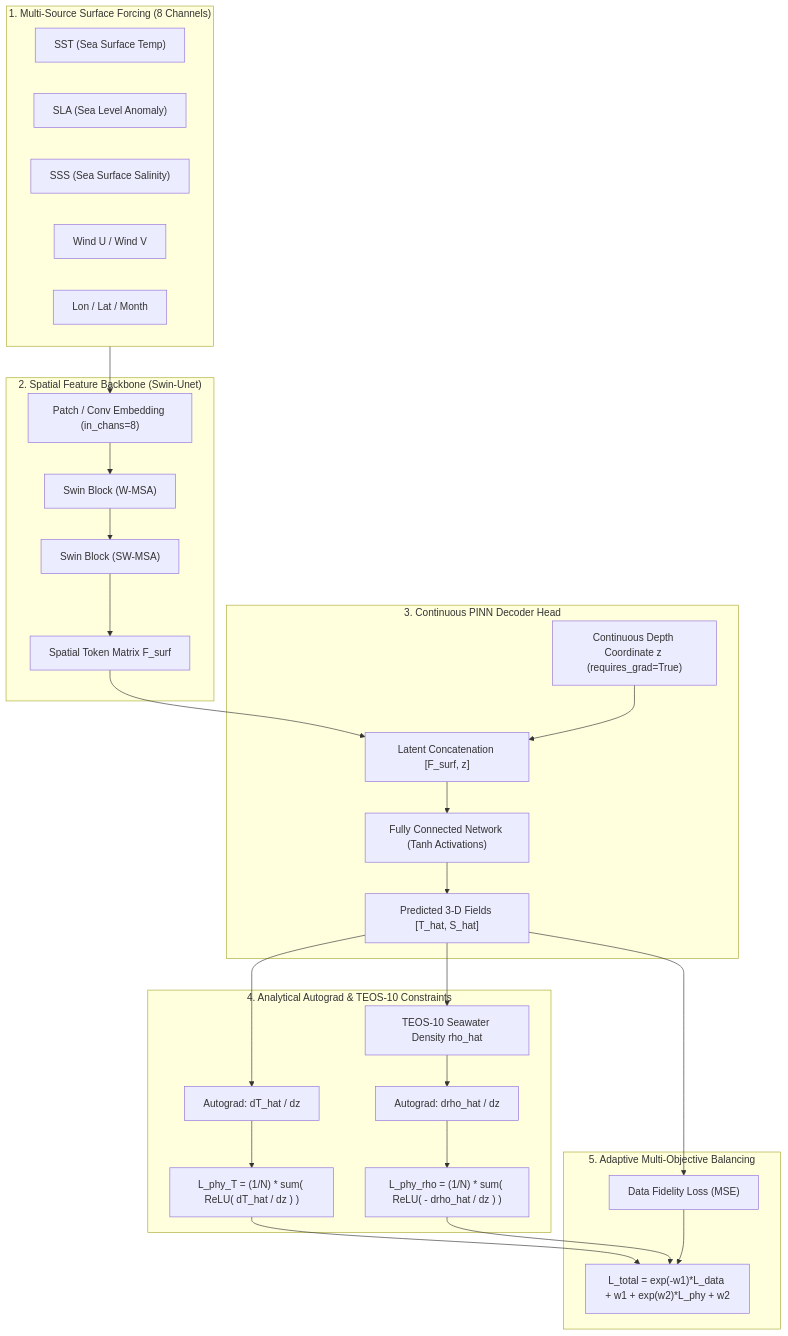
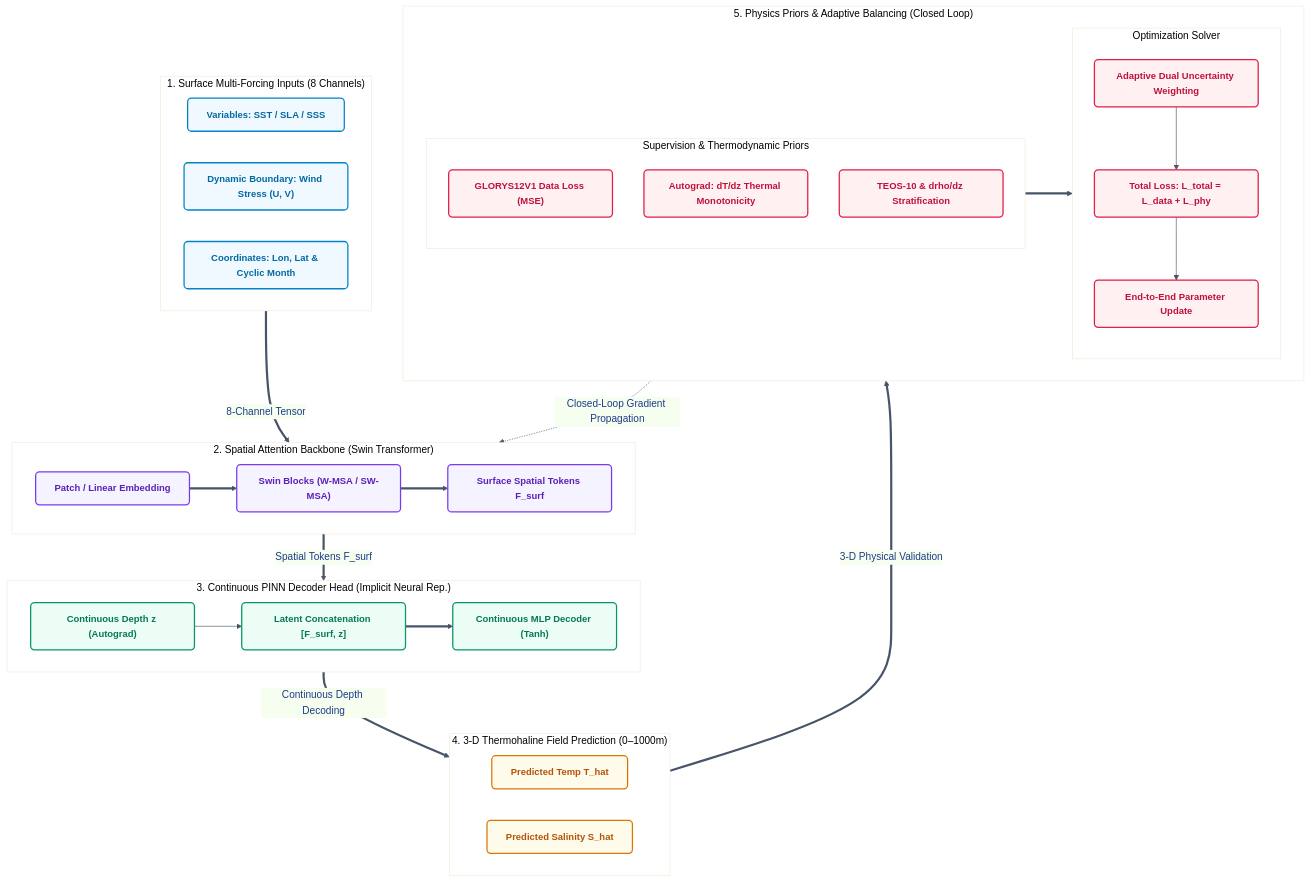
Before and after one commit to ldray857/Pinn-Ocean: the diagram in README.md, drawn with Mermaid. The commit also changed other lines of this file and 26 other files, not shown here.

````diff
--- a/README.md
+++ b/README.md
@@ -28,48 +50,69 @@
 ```mermaid
+%%{init: {'theme': 'base', 'themeVariables': { 'fontSize': '16px', 'fontFamily': 'system-ui, -apple-system, sans-serif', 'primaryColor': '#eff6ff', 'primaryBorderColor': '#3b82f6', 'primaryTextColor': '#1e3a8a', 'lineColor': '#475569' }}}%%
 flowchart TD
-    subgraph Inputs["1. Multi-Source Surface Forcing (8 Channels)"]
-        SST["SST (Sea Surface Temp)"]
-        SLA["SLA (Sea Level Anomaly)"]
-        SSS["SSS (Sea Surface Salinity)"]
-        Winds["Wind U / Wind V"]
-        Coords["Lon / Lat / Month"]
+    subgraph S1 ["1. Surface Multi-Forcing Inputs (8 Channels)"]
+        direction LR
+        I1["Variables: SST / SLA / SSS"]
+        I2["Dynamic Boundary: Wind Stress (U, V)"]
+        I3["Coordinates: Lon, Lat & Cyclic Month"]
     end
 
-    subgraph Encoder["2. Spatial Feature Backbone (Swin-Unet)"]
-        Stem["Patch / Conv Embedding (in_chans=8)"]
-        SwinB1["Swin Block (W-MSA)"]
-        SwinB2["Swin Block (SW-MSA)"]
-        Tokens["Spatial Token Matrix F_surf"]
+    subgraph S2 ["2. Spatial Attention Backbone (Swin Transformer)"]
+        direction LR
+        E1["Patch / Linear Embedding"]
+        E2["Swin Blocks (W-MSA / SW-MSA)"]
+        E3["Surface Spatial Tokens F_surf"]
+        E1 ==> E2 ==> E3
     end
 
-    subgraph PINNHead["3. Continuous PINN Decoder Head"]
-        ZCoord["Continuous Depth Coordinate z (requires_grad=True)"]
-        Concat["Latent Concatenation [F_surf, z]"]
-        MLP["Fully Connected Network (Tanh Activations)"]
-        Preds["Predicted 3-D Fields [T_hat, S_hat]"]
+    subgraph S3 ["3. Continuous PINN Decoder Head (Implicit Neural Rep.)"]
+        direction LR
+        D1["Continuous Depth z (Autograd)"]
+        D2["Latent Concatenation [F_surf, z]"]
+        D3["Continuous MLP Decoder (Tanh)"]
+        D1 --> D2 ==> D3
     end
 
-    subgraph Physics["4. Analytical Autograd & TEOS-10 Constraints"]
-        GradT["Autograd: dT_hat / dz"]
-        LossT["L_phy_T = (1/N) * sum( ReLU( dT_hat / dz ) )"]
-        TEOS["TEOS-10 Seawater Density rho_hat"]
-        GradRho["Autograd: drho_hat / dz"]
-        LossRho["L_phy_rho = (1/N) * sum( ReLU( - drho_hat / dz ) )"]
+    subgraph S4 ["4. 3-D Thermohaline Field Prediction (0–1000m)"]
+        direction LR
+        O1["Predicted Temp T_hat"]
+        O2["Predicted Salinity S_hat"]
     end
 
-    subgraph Optimization["5. Adaptive Multi-Objective Balancing"]
-        LData["Data Fidelity Loss (MSE)"]
-        LTotal["L_total = exp(-w1)*L_data + w1 + exp(w2)*L_phy + w2"]
+    subgraph S5 ["5. Physics Priors & Adaptive Balancing (Closed Loop)"]
+        direction LR
+        subgraph S5_1 ["Supervision & Thermodynamic Priors"]
+            direction TB
+            P_Data["GLORYS12V1 Data Loss (MSE)"]
+            P_Temp["Autograd: dT/dz Thermal Monotonicity"]
+            P_Rho["TEOS-10 & drho/dz Stratification"]
+        end
+        subgraph S5_2 ["Optimization Solver"]
+            direction TB
+            Opt1["Adaptive Dual Uncertainty Weighting"]
+            Opt2["Total Loss: L_total = L_data + L_phy"]
+            Opt3["End-to-End Parameter Update"]
+            Opt1 --> Opt2 --> Opt3
+        end
+        S5_1 ==> S5_2
     end
 
-    Inputs --> Stem --> SwinB1 --> SwinB2 --> Tokens
-    Tokens --> Concat
-    ZCoord --> Concat
-    Concat --> MLP --> Preds
-    Preds --> LData
-    Preds --> GradT --> LossT
-    Preds --> TEOS --> GradRho --> LossRho
-    LossT --> LTotal
-    LossRho --> LTotal
-    LData --> LTotal
+    S1 ==>|8-Channel Tensor| S2
+    S2 ==>|Spatial Tokens F_surf| S3
+    S3 ==>|Continuous Depth Decoding| S4
+    S4 ==>|3-D Physical Validation| S5
+    S5 -. Closed-Loop Gradient Propagation .-> S2
+
+    classDef default font-size:15px;
+    classDef inputStyle fill:#F0F9FF,stroke:#0284C7,stroke-width:2px,color:#0369A1,rx:6px,ry:6px,font-size:15px,font-weight:bold;
+    classDef encStyle fill:#F5F3FF,stroke:#7C3AED,stroke-width:2px,color:#5B21B6,rx:6px,ry:6px,font-size:15px,font-weight:bold;
+    classDef pinnStyle fill:#ECFDF5,stroke:#059669,stroke-width:2px,color:#047857,rx:6px,ry:6px,font-size:15px,font-weight:bold;
+    classDef outStyle fill:#FFFBEB,stroke:#D97706,stroke-width:2px,color:#B45309,rx:6px,ry:6px,font-size:15px,font-weight:bold;
+    classDef phyStyle fill:#FFF1F2,stroke:#E11D48,stroke-width:2px,color:#BE123C,rx:6px,ry:6px,font-size:15px,font-weight:bold;
+
+    class I1,I2,I3 inputStyle;
+    class E1,E2,E3 encStyle;
+    class D1,D2,D3 pinnStyle;
+    class O1,O2 outStyle;
+    class P_Data,P_Temp,P_Rho,Opt1,Opt2,Opt3 phyStyle;
 ```
````
